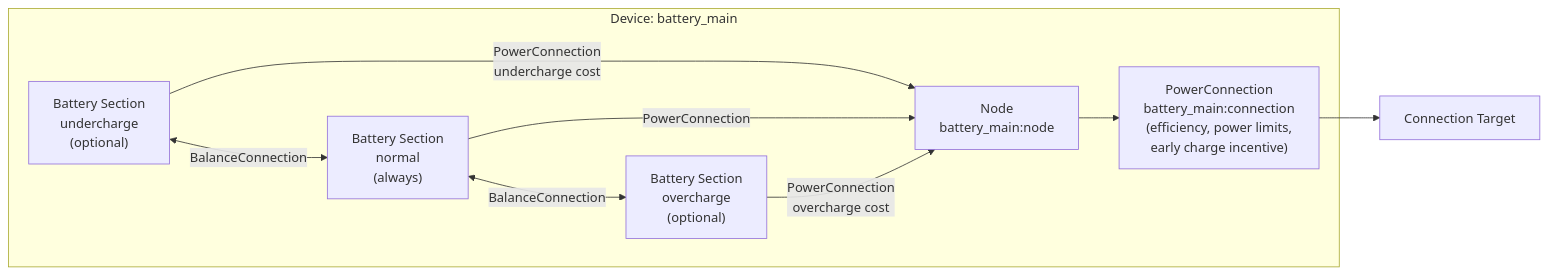
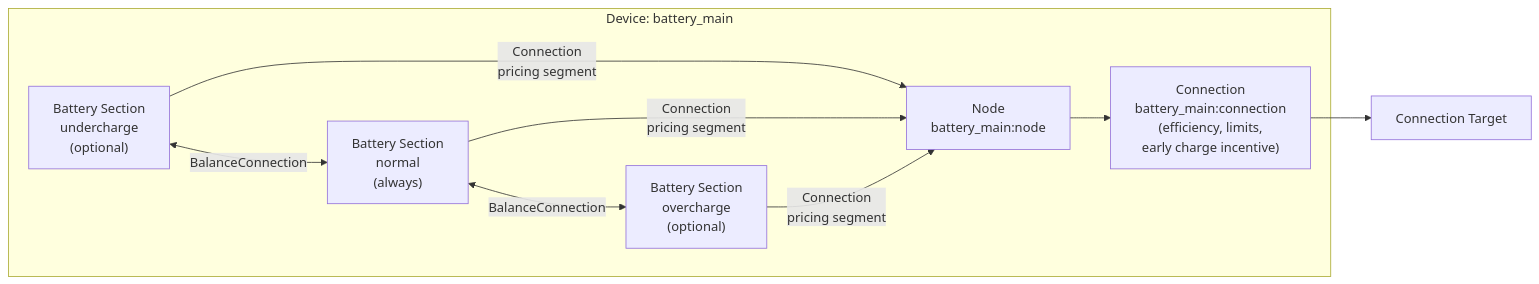
Before and after one commit to hass-energy/haeo: the diagram in docs/modeling/device-layer/battery.md, drawn with Mermaid. The commit also changed other lines of this file and 13 other files, not shown here.

First line of the commit message:
Update connection documentation for segment model

````diff
--- a/docs/modeling/device-layer/battery.md
+++ b/docs/modeling/device-layer/battery.md
@@ -7,22 +7,22 @@
 ```mermaid
 graph LR
     subgraph "Device: battery_main"
         BU["Battery Section<br/>undercharge<br/>(optional)"]
         BN["Battery Section<br/>normal<br/>(always)"]
         BO["Battery Section<br/>overcharge<br/>(optional)"]
         Node["Node<br/>battery_main:node"]
 
-        BU -->|PowerConnection<br/>undercharge cost| Node
+        BU -->|Connection<br/>pricing segment| Node
         BU <-->|BalanceConnection| BN
-        BN -->|PowerConnection| Node
+        BN -->|Connection<br/>pricing segment| Node
         BN <-->|BalanceConnection| BO
-        BO -->|PowerConnection<br/>overcharge cost| Node
+        BO -->|Connection<br/>pricing segment| Node
 
-        Conn["PowerConnection<br/>battery_main:connection<br/>(efficiency, power limits,<br/>early charge incentive)"]
+        Conn["Connection<br/>battery_main:connection<br/>(efficiency, limits,<br/>early charge incentive)"]
 
     end
     Target[Connection Target]
 
     Node --> Conn
     Conn --> Target
 ```
````
